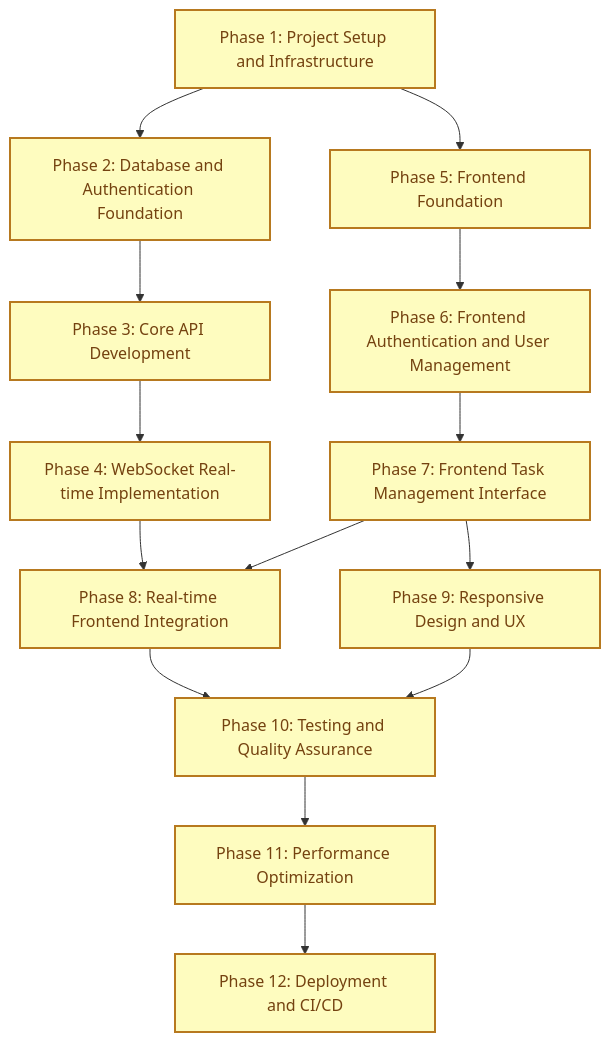
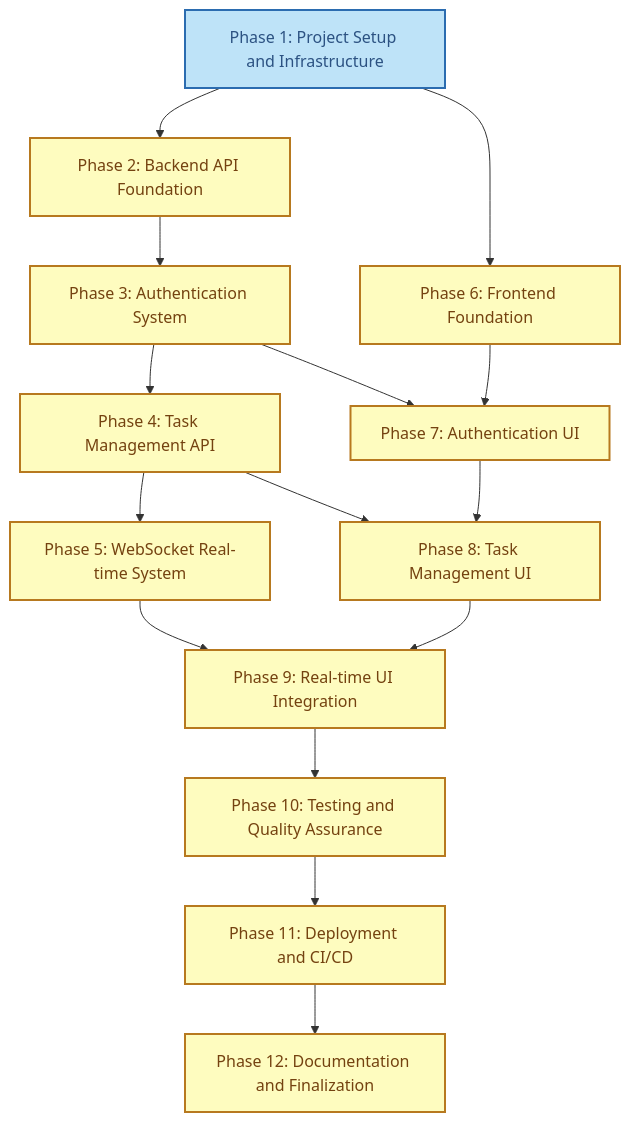
The diagram in .imp/imp-mock-spec/imp-plan.md (BrooksFlannery/imp), drawn with Mermaid before and after one commit. The commit also changed 41 other files, not shown here.

````diff
--- a/.imp/imp-mock-spec/imp-plan.md
+++ b/.imp/imp-mock-spec/imp-plan.md
@@ -1,21 +1,22 @@
 ```mermaid
 flowchart TD
-  Phase1[Phase 1: Project Setup and Infrastructure]:::incomplete --> Phase2[Phase 2: Database and Authentication Foundation]:::incomplete
-  Phase1 --> Phase5[Phase 5: Frontend Foundation]:::incomplete
-  Phase2 --> Phase3[Phase 3: Core API Development]:::incomplete
-  Phase5 --> Phase6[Phase 6: Frontend Authentication and User Management]:::incomplete
-  Phase3 --> Phase4[Phase 4: WebSocket Real-time Implementation]:::incomplete
-  Phase6 --> Phase7[Phase 7: Frontend Task Management Interface]:::incomplete
-  Phase4 --> Phase8[Phase 8: Real-time Frontend Integration]:::incomplete
+  Phase1[Phase 1: Project Setup and Infrastructure]:::inProgress --> Phase2[Phase 2: Backend API Foundation]:::incomplete
+  Phase1 --> Phase6[Phase 6: Frontend Foundation]:::incomplete
+  Phase2 --> Phase3[Phase 3: Authentication System]:::incomplete
+  Phase3 --> Phase4[Phase 4: Task Management API]:::incomplete
+  Phase4 --> Phase5[Phase 5: WebSocket Real-time System]:::incomplete
+  Phase3 --> Phase7[Phase 7: Authentication UI]:::incomplete
+  Phase6 --> Phase7
+  Phase4 --> Phase8[Phase 8: Task Management UI]:::incomplete
   Phase7 --> Phase8
-  Phase7 --> Phase9[Phase 9: Responsive Design and UX]:::incomplete
-  Phase8 --> Phase10[Phase 10: Testing and Quality Assurance]:::incomplete
-  Phase9 --> Phase10
-  Phase10 --> Phase11[Phase 11: Performance Optimization]:::incomplete
-  Phase11 --> Phase12[Phase 12: Deployment and CI/CD]:::incomplete
+  Phase5 --> Phase9[Phase 9: Real-time UI Integration]:::incomplete
+  Phase8 --> Phase9
+  Phase9 --> Phase10[Phase 10: Testing and Quality Assurance]:::incomplete
+  Phase10 --> Phase11[Phase 11: Deployment and CI/CD]:::incomplete
+  Phase11 --> Phase12[Phase 12: Documentation and Finalization]:::incomplete
 
   %% Class Definitions
   classDef incomplete fill:#fefcbf,stroke:#b7791f,stroke-width:2px,color:#744210
   classDef inProgress fill:#bee3f8,stroke:#2b6cb0,stroke-width:2px,color:#2c5282
   classDef complete fill:#c6f6d5,stroke:#2f855a,stroke-width:2px,color:#22543d
 ``` 
````
